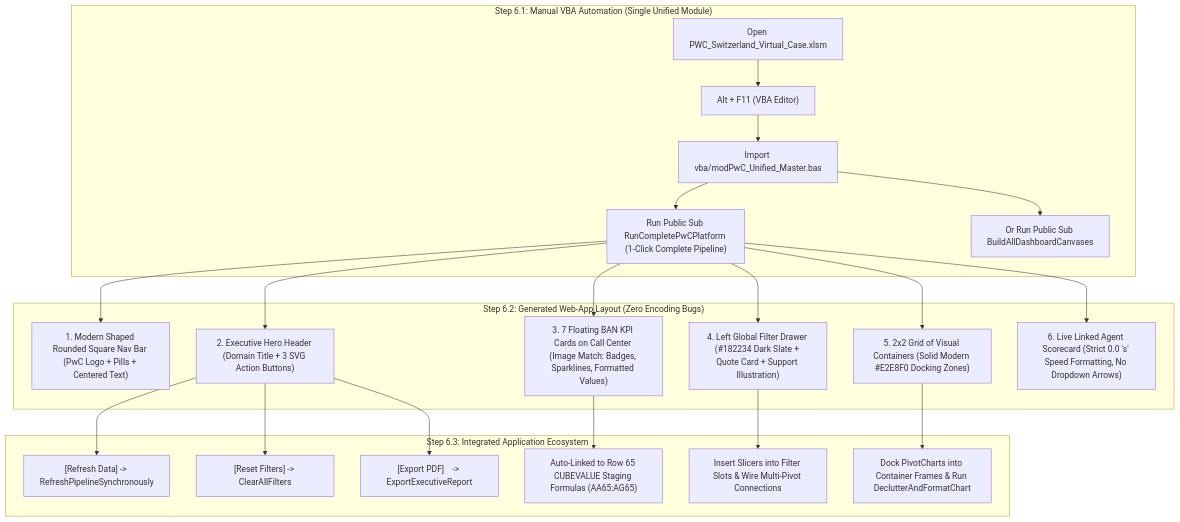
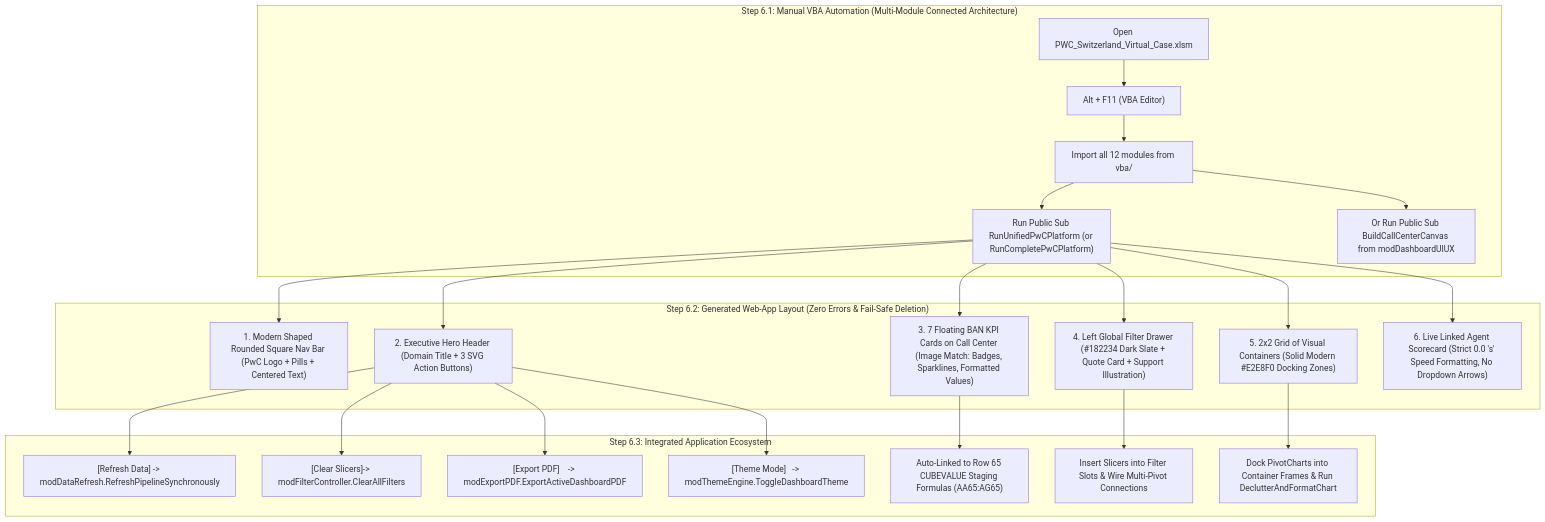
The second of 7 diagrams in docs/00_master_project_execution_guide.md (Sohila-Khaled-Abbas/pwc-switzerland-virtual-case), drawn with Mermaid before and after one commit. The commit also changed other lines of this file and 23 other files, not shown here.

Commit message:
feat(vba): harmonize 12-module interconnected architecture, eliminate shape deletion error, integrate vba-mcp-server & add execution guide

````diff
--- a/docs/00_master_project_execution_guide.md
+++ b/docs/00_master_project_execution_guide.md
@@ -145,27 +147,28 @@
 ```mermaid
 flowchart TD
-    subgraph Step1["Step 6.1: Manual VBA Automation (Single Unified Module)"]
+    subgraph Step1["Step 6.1: Manual VBA Automation (Multi-Module Connected Architecture)"]
         A["Open PWC_Switzerland_Virtual_Case.xlsm"] --> B["Alt + F11 (VBA Editor)"]
-        B --> C["Import vba/modPwC_Unified_Master.bas"]
-        C --> D["Run Public Sub RunCompletePwCPlatform (1-Click Complete Pipeline)"]
-        C --> D2["Or Run Public Sub BuildAllDashboardCanvases"]
+        B --> C["Import all 12 modules from vba/"]
+        C --> D["Run Public Sub RunUnifiedPwCPlatform (or RunCompletePwCPlatform)"]
+        C --> D2["Or Run Public Sub BuildCallCenterCanvas from modDashboardUIUX"]
     end
 
-    subgraph Step2["Step 6.2: Generated Web-App Layout (Zero Encoding Bugs)"]
+    subgraph Step2["Step 6.2: Generated Web-App Layout (Zero Errors & Fail-Safe Deletion)"]
         D --> E1["1. Modern Shaped Rounded Square Nav Bar (PwC Logo + Pills + Centered Text)"]
         D --> E2["2. Executive Hero Header (Domain Title + 3 SVG Action Buttons)"]
         D --> E3["3. 7 Floating BAN KPI Cards on Call Center (Image Match: Badges, Sparklines, Formatted Values)"]
         D --> E4["4. Left Global Filter Drawer (#182234 Dark Slate + Quote Card + Support Illustration)"]
         D --> E5["5. 2x2 Grid of Visual Containers (Solid Modern #E2E8F0 Docking Zones)"]
         D --> E6["6. Live Linked Agent Scorecard (Strict 0.0 's' Speed Formatting, No Dropdown Arrows)"]
     end
 
     subgraph Step3["Step 6.3: Integrated Application Ecosystem"]
-        E2 --> F1["[Refresh Data] -> RefreshPipelineSynchronously"]
-        E2 --> F2["[Reset Filters] -> ClearAllFilters"]
-        E2 --> F3["[Export PDF]    -> ExportExecutiveReport"]
+        E2 --> F1["[Refresh Data] -> modDataRefresh.RefreshPipelineSynchronously"]
+        E2 --> F2["[Clear Slicers]-> modFilterController.ClearAllFilters"]
+        E2 --> F3["[Export PDF]    -> modExportPDF.ExportActiveDashboardPDF"]
+        E2 --> F4["[Theme Mode]   -> modThemeEngine.ToggleDashboardTheme"]
         E3 --> G1["Auto-Linked to Row 65 CUBEVALUE Staging Formulas (AA65:AG65)"]
         E4 --> G2["Insert Slicers into Filter Slots & Wire Multi-Pivot Connections"]
         E5 --> G3["Dock PivotCharts into Container Frames & Run DeclutterAndFormatChart"]
     end
 ```
````
